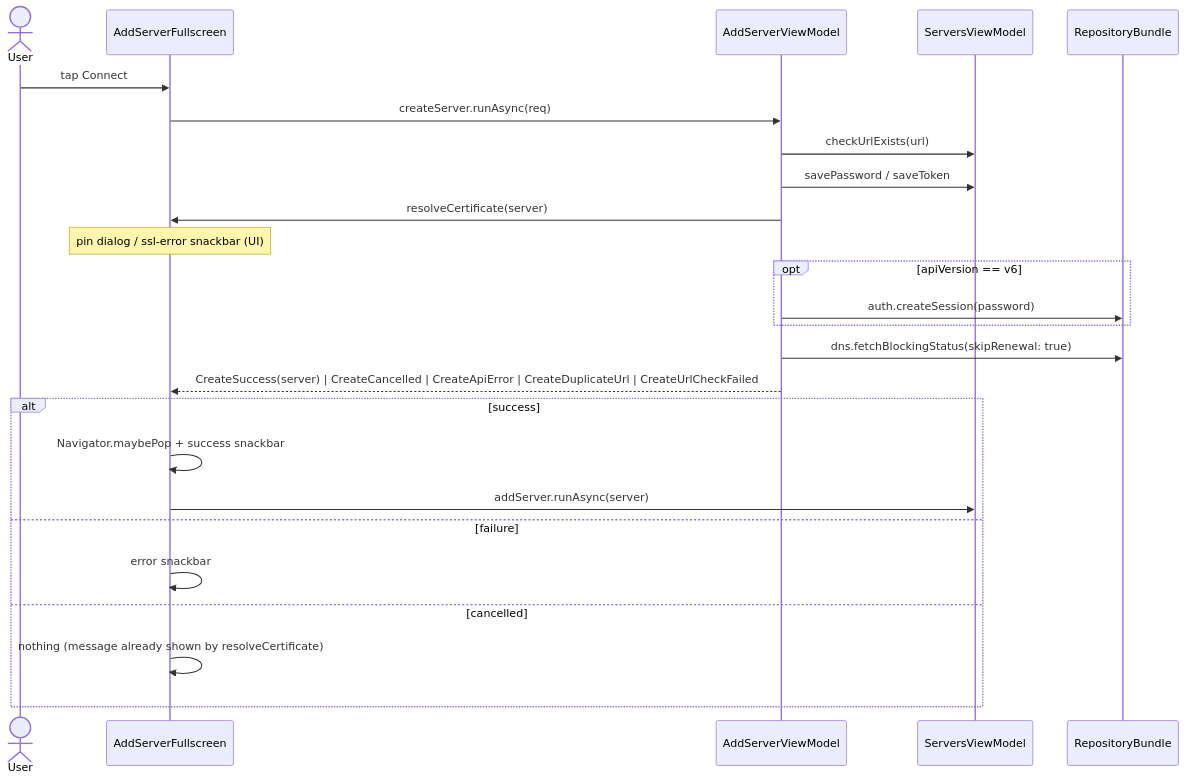
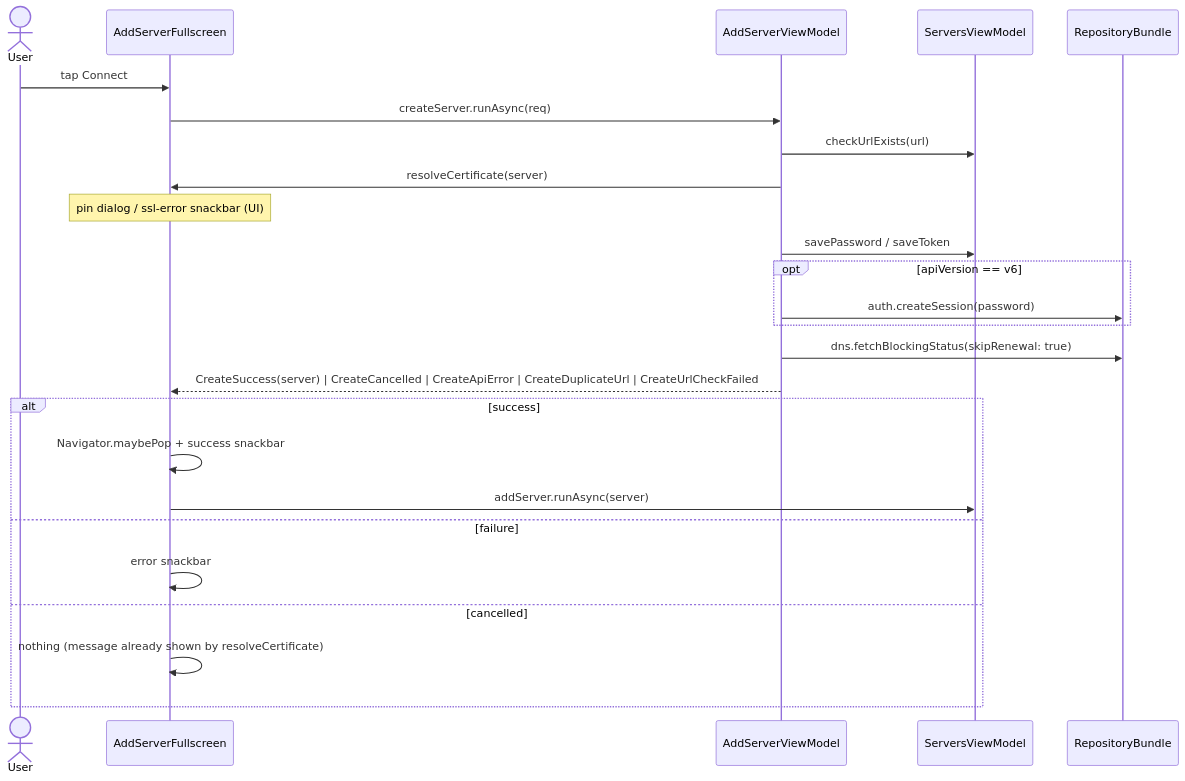
Before and after one commit to tsutsu3/pi-hole-client: the fifth of 6 diagrams in docs/server-connection-flow.md, drawn with Mermaid. The commit also changed other lines of this file, not shown here.

Commit message:
refactor(server-connection-flow): clarify credential handling during server creation

````diff
--- a/docs/server-connection-flow.md
+++ b/docs/server-connection-flow.md
@@ -113,28 +114,28 @@
 ```mermaid
 sequenceDiagram
   actor U as User
   participant W as AddServerFullscreen
   participant VM as AddServerViewModel
   participant SV as ServersViewModel
   participant B as RepositoryBundle
 
   U->>W: tap Connect
   W->>VM: createServer.runAsync(req)
   VM->>SV: checkUrlExists(url)
-  VM->>SV: savePassword / saveToken
   VM->>W: resolveCertificate(server)
   Note over W: pin dialog / ssl-error snackbar (UI)
+  VM->>SV: savePassword / saveToken
   opt apiVersion == v6
     VM->>B: auth.createSession(password)
   end
   VM->>B: dns.fetchBlockingStatus(skipRenewal: true)
   VM-->>W: CreateSuccess(server) | CreateCancelled | CreateApiError | CreateDuplicateUrl | CreateUrlCheckFailed
   alt success
     W->>W: Navigator.maybePop + success snackbar
     W->>SV: addServer.runAsync(server)
   else failure
     W->>W: error snackbar
   else cancelled
     W->>W: nothing (message already shown by resolveCertificate)
   end
 ```
````
